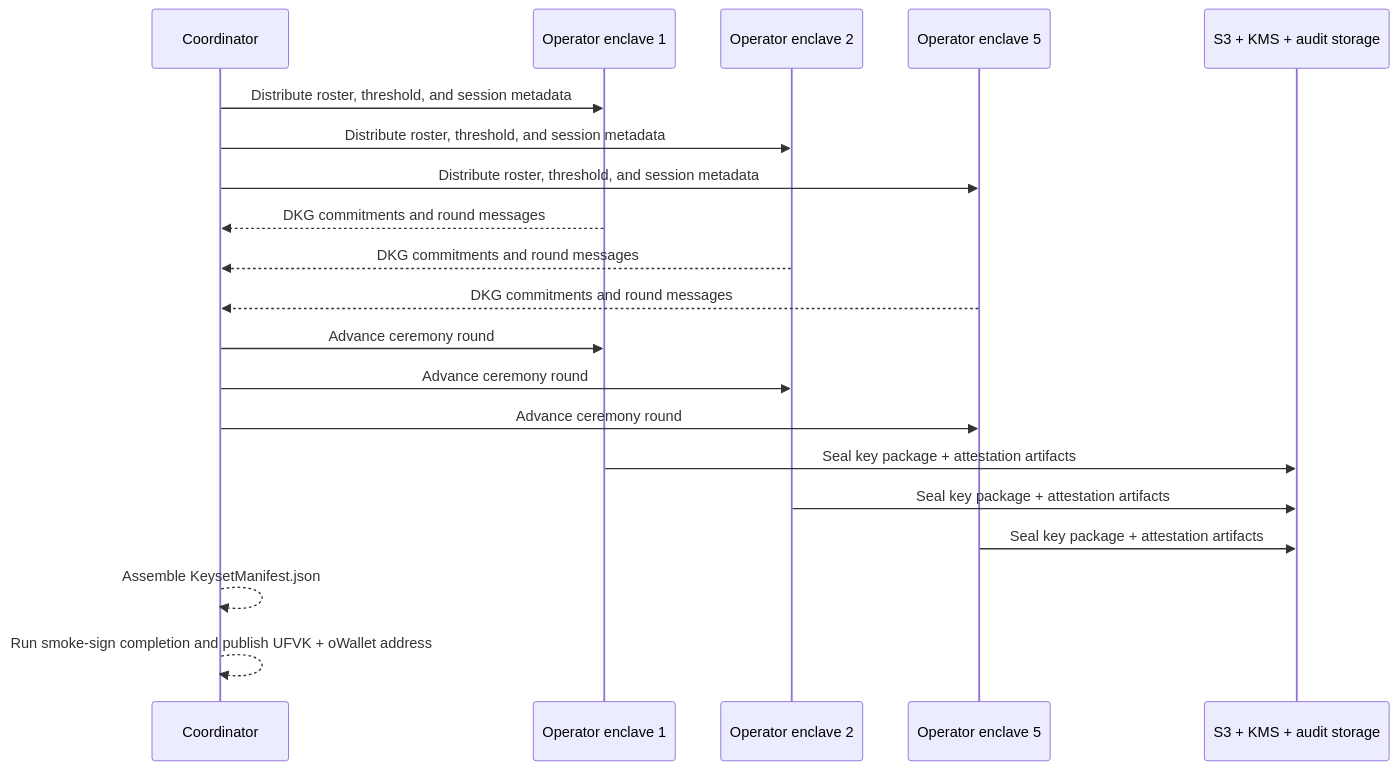
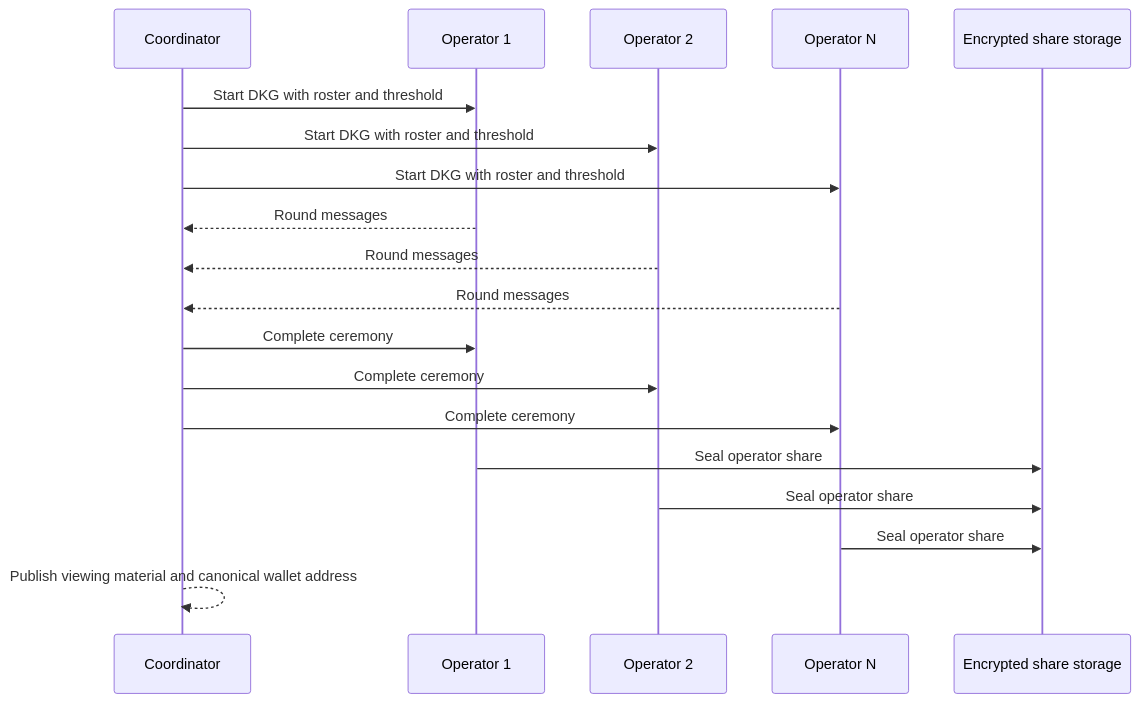
Before and after one commit to juno-intents/intents-juno: the second of 2 diagrams in docs/Juno Intents Whitepaper.md, drawn with Mermaid. The commit also changed other lines of this file and 1 other file, not shown here.

Commit message:
docs(dkg): rewrite whitepaper as narrative paper

````diff
--- a/docs/Juno Intents Whitepaper.md
+++ b/docs/Juno Intents Whitepaper.md
@@ -153,23 +241,22 @@
 ```mermaid
 sequenceDiagram
   participant Coord as Coordinator
-  participant Op1 as Operator enclave 1
-  participant Op2 as Operator enclave 2
-  participant Op5 as Operator enclave 5
-  participant Store as S3 + KMS + audit storage
+  participant Op1 as Operator 1
+  participant Op2 as Operator 2
+  participant OpN as Operator N
+  participant Vault as Encrypted share storage
 
-  Coord->>Op1: Distribute roster, threshold, and session metadata
-  Coord->>Op2: Distribute roster, threshold, and session metadata
-  Coord->>Op5: Distribute roster, threshold, and session metadata
-  Op1-->>Coord: DKG commitments and round messages
-  Op2-->>Coord: DKG commitments and round messages
-  Op5-->>Coord: DKG commitments and round messages
-  Coord->>Op1: Advance ceremony round
-  Coord->>Op2: Advance ceremony round
-  Coord->>Op5: Advance ceremony round
-  Op1->>Store: Seal key package + attestation artifacts
-  Op2->>Store: Seal key package + attestation artifacts
-  Op5->>Store: Seal key package + attestation artifacts
-  Coord-->>Coord: Assemble KeysetManifest.json
-  Coord-->>Coord: Run smoke-sign completion and publish UFVK + oWallet address
+  Coord->>Op1: Start DKG with roster and threshold
+  Coord->>Op2: Start DKG with roster and threshold
+  Coord->>OpN: Start DKG with roster and threshold
+  Op1-->>Coord: Round messages
+  Op2-->>Coord: Round messages
+  OpN-->>Coord: Round messages
+  Coord->>Op1: Complete ceremony
+  Coord->>Op2: Complete ceremony
+  Coord->>OpN: Complete ceremony
+  Op1->>Vault: Seal operator share
+  Op2->>Vault: Seal operator share
+  OpN->>Vault: Seal operator share
+  Coord-->>Coord: Publish viewing material and canonical wallet address
 ```
````
